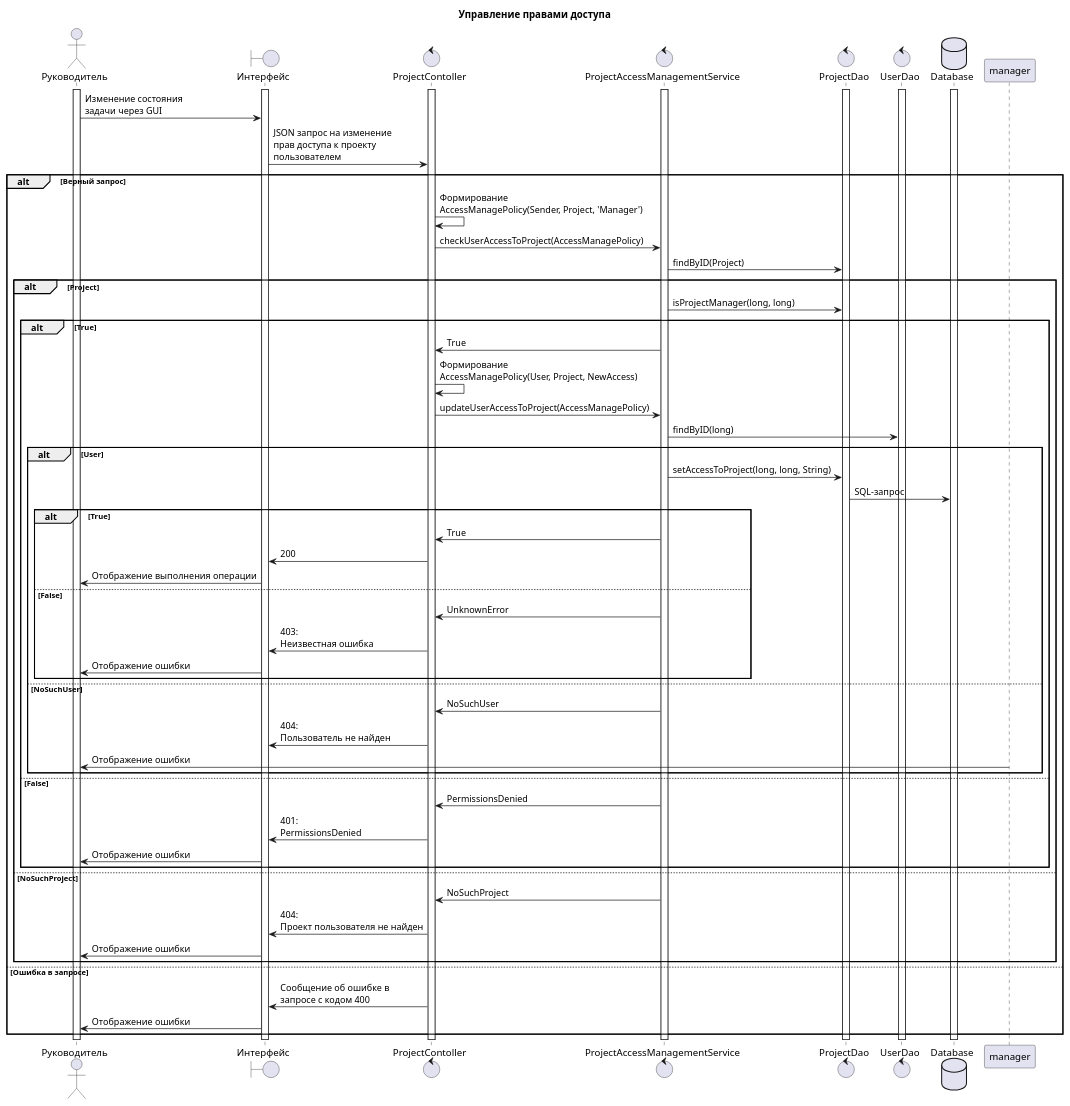
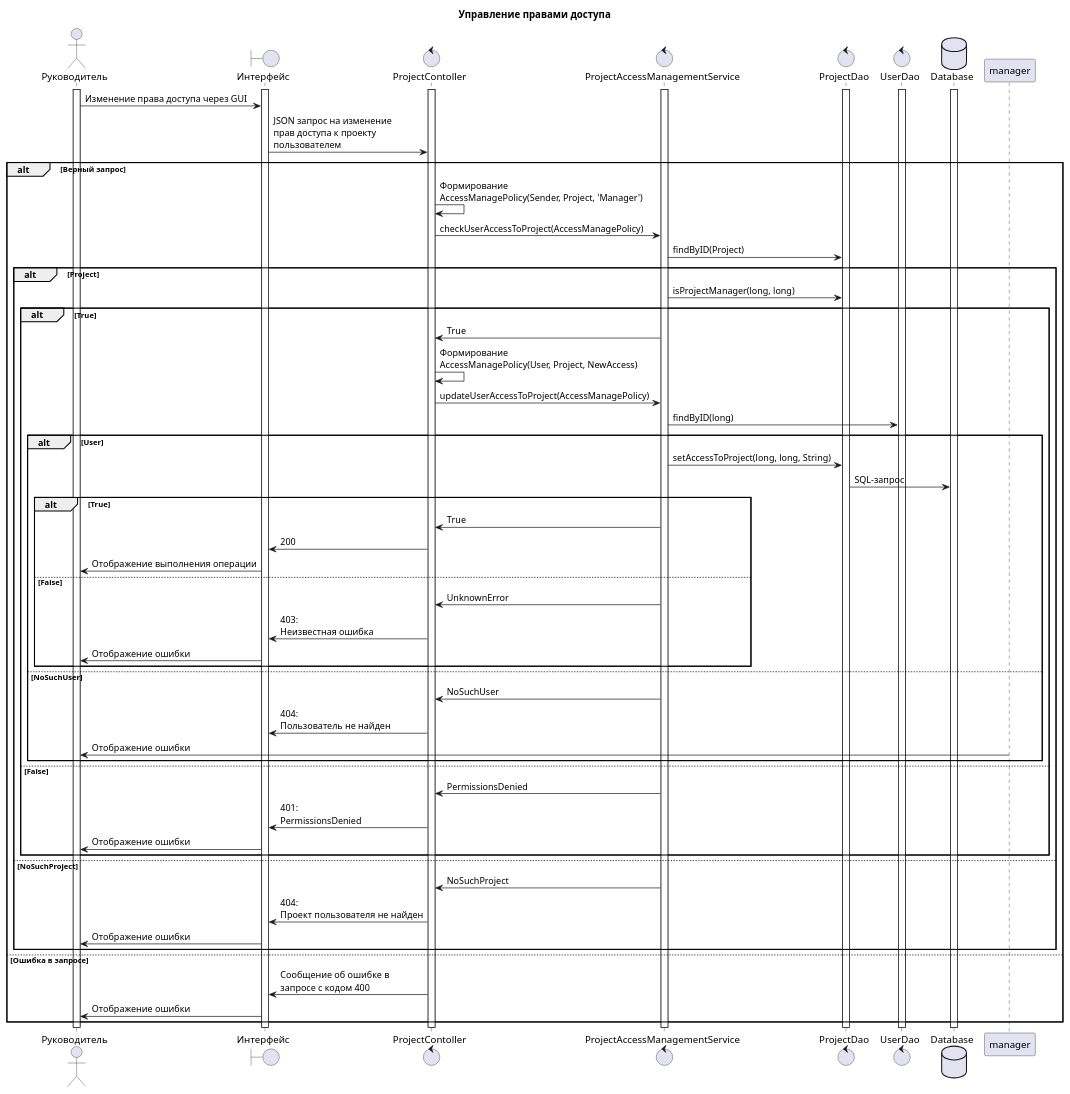
One commit to penamarth/bsbo-02-21_team_var7_erp changed the diagram in UML diagrams/Sequence diagrams/manage-access-rights.wsd. Above: the diagram before and after it, drawn with PlantUML.

Commit message:
Modified sequence diagram: Morgachyow

```diff
--- a/UML diagrams/Sequence diagrams/manage-access-rights.wsd
+++ b/UML diagrams/Sequence diagrams/manage-access-rights.wsd
@@ -1,69 +1,69 @@
 @startuml sequence
 title Управление правами доступа
 
 actor Руководитель as user
 boundary "Интерфейс" as site
 control ProjectContoller as pcont
 control ProjectAccessManagementService as amserv
 control ProjectDao as pdao 
 control UserDao as udao
 database Database as db
 
 activate user
 activate site
 activate db
 activate pcont
 activate amserv
 activate pdao
 activate udao
 
-user -> site : Изменение состояния\nзадачи через GUI
+user -> site : Изменение права доступа через GUI
 site -> pcont : JSON запрос на изменение\nправ доступа к проекту\nпользователем
 
 alt Верный запрос
     pcont -> pcont : Формирование\nAccessManagePolicy(Sender, Project, 'Manager')
     pcont -> amserv : checkUserAccessToProject(AccessManagePolicy)
     amserv -> pdao : findByID(Project)
     alt Project
         amserv -> pdao : isProjectManager(long, long)
         alt True
             pcont <- amserv : True
             pcont -> pcont : Формирование\nAccessManagePolicy(User, Project, NewAccess)
             pcont -> amserv: updateUserAccessToProject(AccessManagePolicy)
             amserv -> udao : findByID(long)
             alt User
                 amserv -> pdao : setAccessToProject(long, long, String)
                 pdao -> db : SQL-запрос
                 alt True
                     pcont <- amserv : True
                     site <- pcont : 200
                     user <- site : Отображение выполнения операции
                 else False
                     pcont <- amserv : UnknownError 
                     site <- pcont : 403:\nНеизвестная ошибка
                     user <- site : Отображение ошибки
                 end
             else NoSuchUser
                 pcont <- amserv : NoSuchUser
                 site <- pcont : 404:\nПользователь не найден
                 user <- manager : Отображение ошибки
             end
         
         else False
             pcont <- amserv : PermissionsDenied
             site <- pcont : 401:\nPermissionsDenied
             user <- site : Отображение ошибки
         end
     else NoSuchProject
         pcont <- amserv : NoSuchProject
         site <- pcont : 404:\nПроект пользователя не найден
         user <- site : Отображение ошибки
     end
     
 else Ошибка в запросе
     pcont -> site : Сообщение об ошибке в\nзапросе с кодом 400
     user <- site : Отображение ошибки
 end
 
 
 @enduml
```
